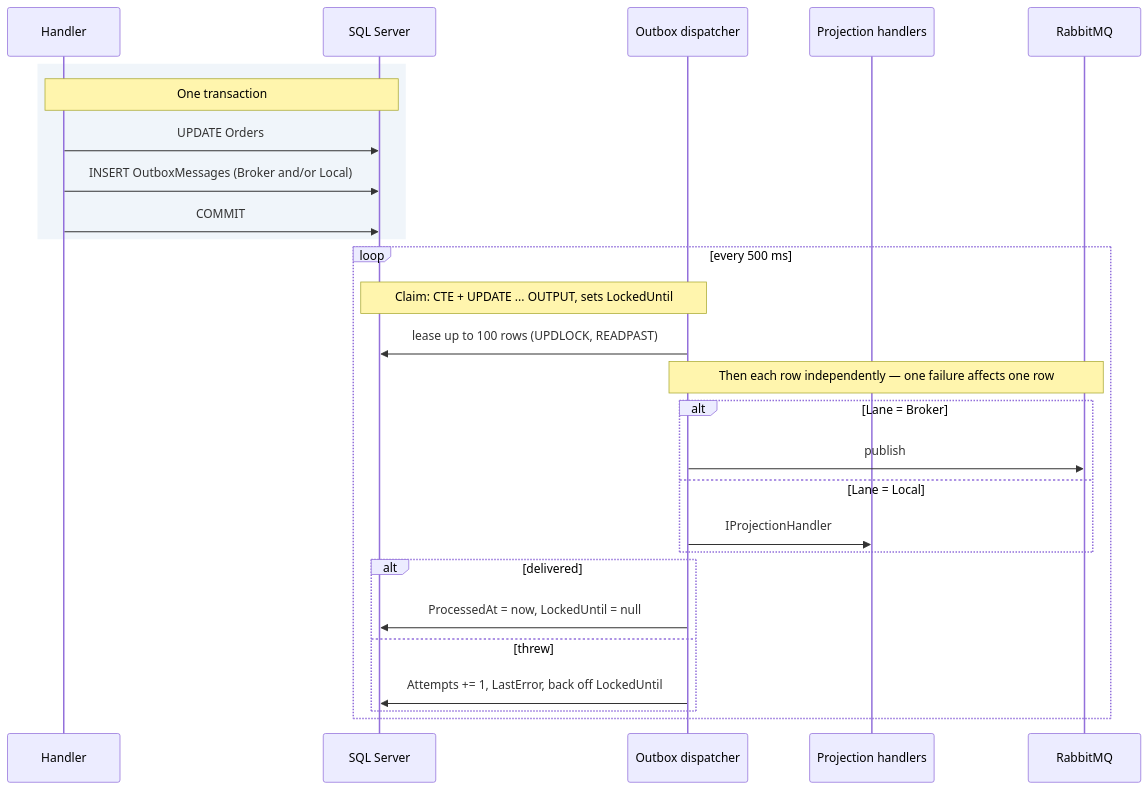
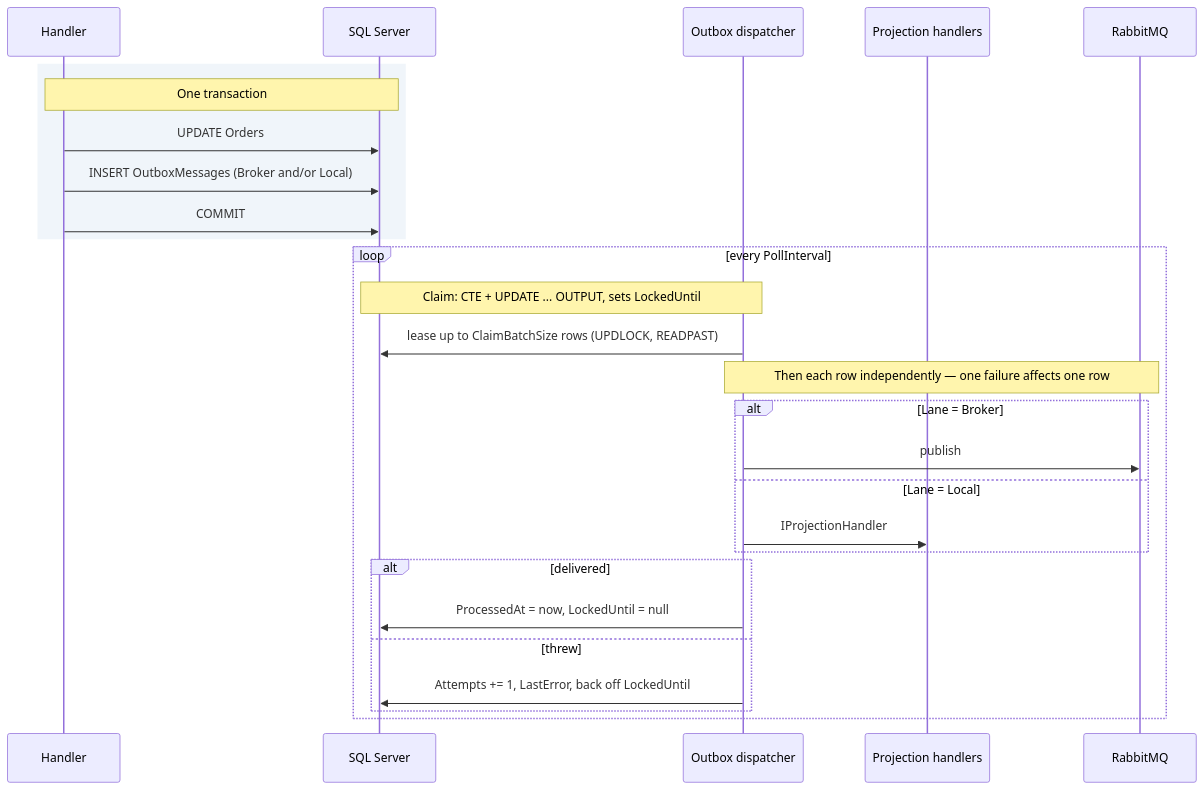
Before and after one commit to alexander-shamray/dotnet-ddd-blueprint: the first of 2 diagrams in docs/backend-architecture/09-messaging.md, drawn with Mermaid. The commit also changed other lines of this file, not shown here.

````diff
--- a/docs/backend-architecture/09-messaging.md
+++ b/docs/backend-architecture/09-messaging.md
@@ -414,33 +414,33 @@
 ```mermaid
 sequenceDiagram
     participant H as Handler
     participant DB as SQL Server
     participant D as Outbox dispatcher
     participant P as Projection handlers
     participant MQ as RabbitMQ
 
     rect rgb(240, 245, 250)
     Note over H,DB: One transaction
     H->>DB: UPDATE Orders
     H->>DB: INSERT OutboxMessages (Broker and/or Local)
     H->>DB: COMMIT
     end
 
-    loop every 500 ms
+    loop every PollInterval
         Note over D,DB: Claim: CTE + UPDATE ... OUTPUT, sets LockedUntil
-        D->>DB: lease up to 100 rows (UPDLOCK, READPAST)
+        D->>DB: lease up to ClaimBatchSize rows (UPDLOCK, READPAST)
 
         Note over D,MQ: Then each row independently — one failure affects one row
         alt Lane = Broker
             D->>MQ: publish
         else Lane = Local
             D->>P: IProjectionHandler
         end
 
         alt delivered
             D->>DB: ProcessedAt = now, LockedUntil = null
         else threw
             D->>DB: Attempts += 1, LastError, back off LockedUntil
         end
     end
 ```
````
